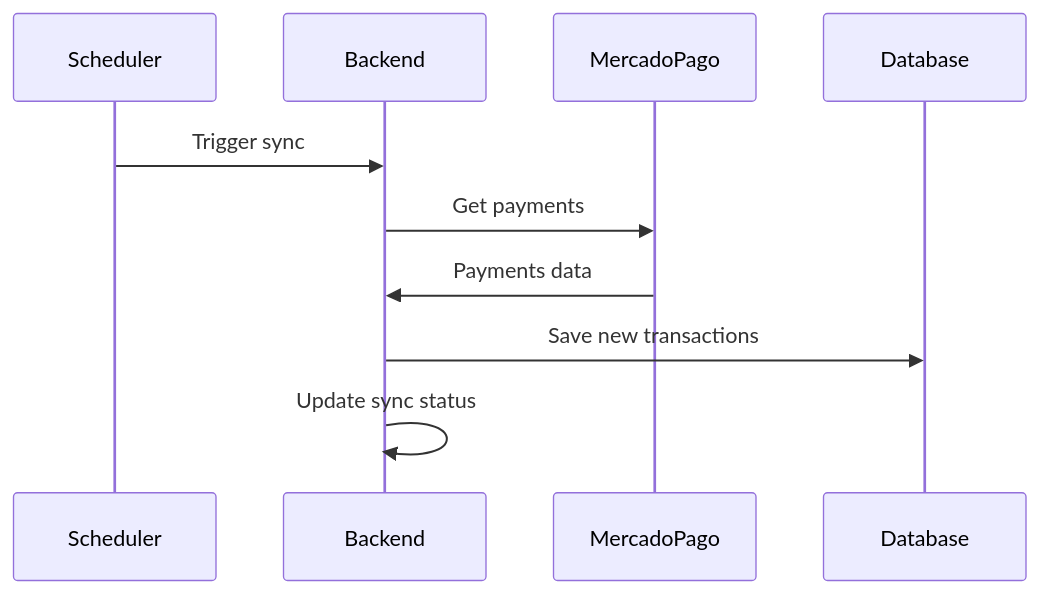
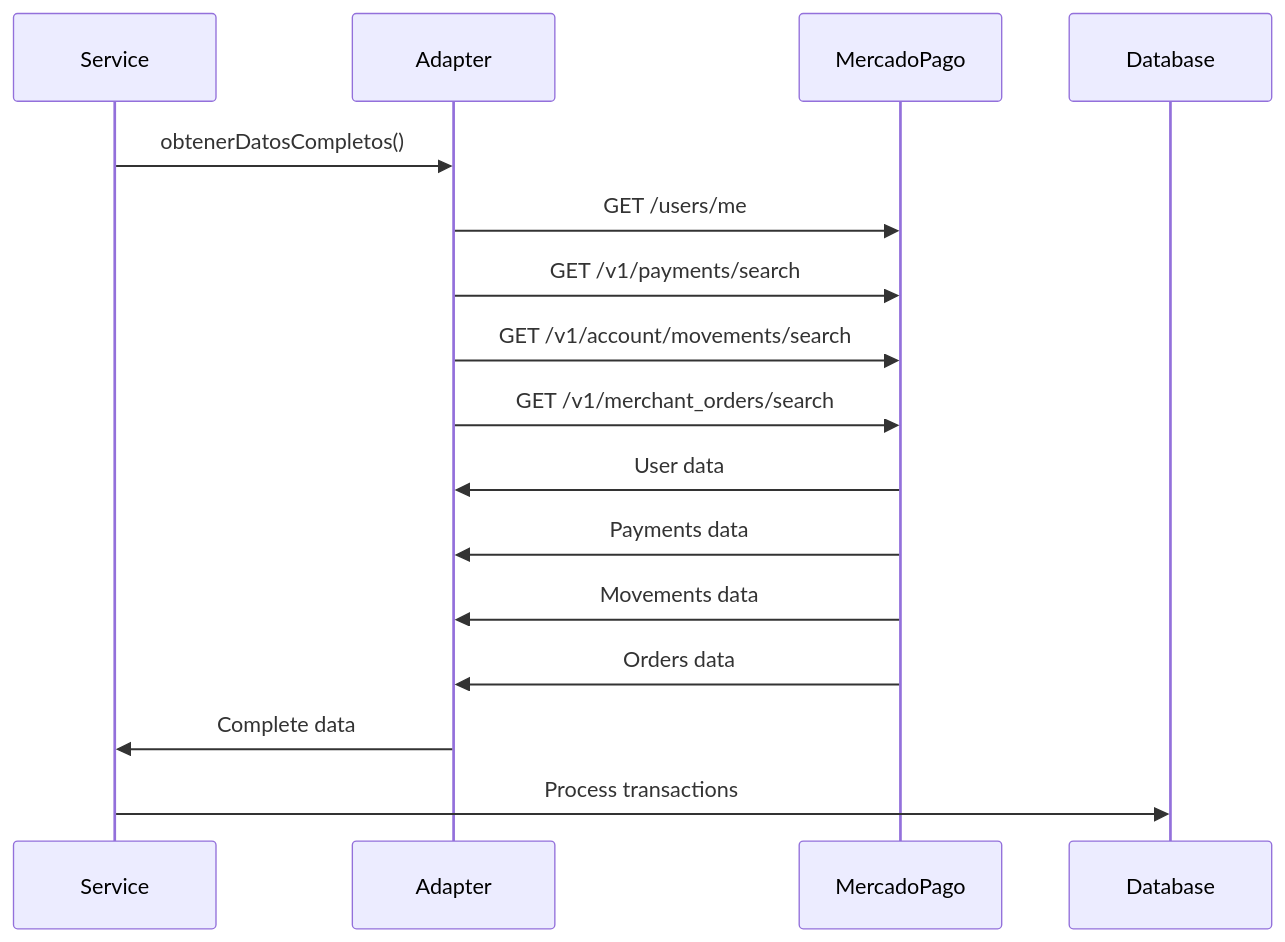
The second of 2 diagrams in docs/MERCADOPAGO_BEST_PRACTICES.md (poloatt/attadia), drawn with Mermaid before and after one commit. The commit also changed other lines of this file and 3 other files, not shown here.

````diff
--- a/docs/MERCADOPAGO_BEST_PRACTICES.md
+++ b/docs/MERCADOPAGO_BEST_PRACTICES.md
@@ -193,13 +257,19 @@
 ```mermaid
 sequenceDiagram
-    participant S as Scheduler
-    participant B as Backend
+    participant S as Service
+    participant A as Adapter
     participant MP as MercadoPago
     participant DB as Database
     
-    S->>B: Trigger sync
-    B->>MP: Get payments
-    MP->>B: Payments data
-    B->>DB: Save new transactions
-    B->>B: Update sync status
+    S->>A: obtenerDatosCompletos()
+    A->>MP: GET /users/me
+    A->>MP: GET /v1/payments/search
+    A->>MP: GET /v1/account/movements/search
+    A->>MP: GET /v1/merchant_orders/search
+    MP->>A: User data
+    MP->>A: Payments data
+    MP->>A: Movements data
+    MP->>A: Orders data
+    A->>S: Complete data
+    S->>DB: Process transactions
 ```
````
